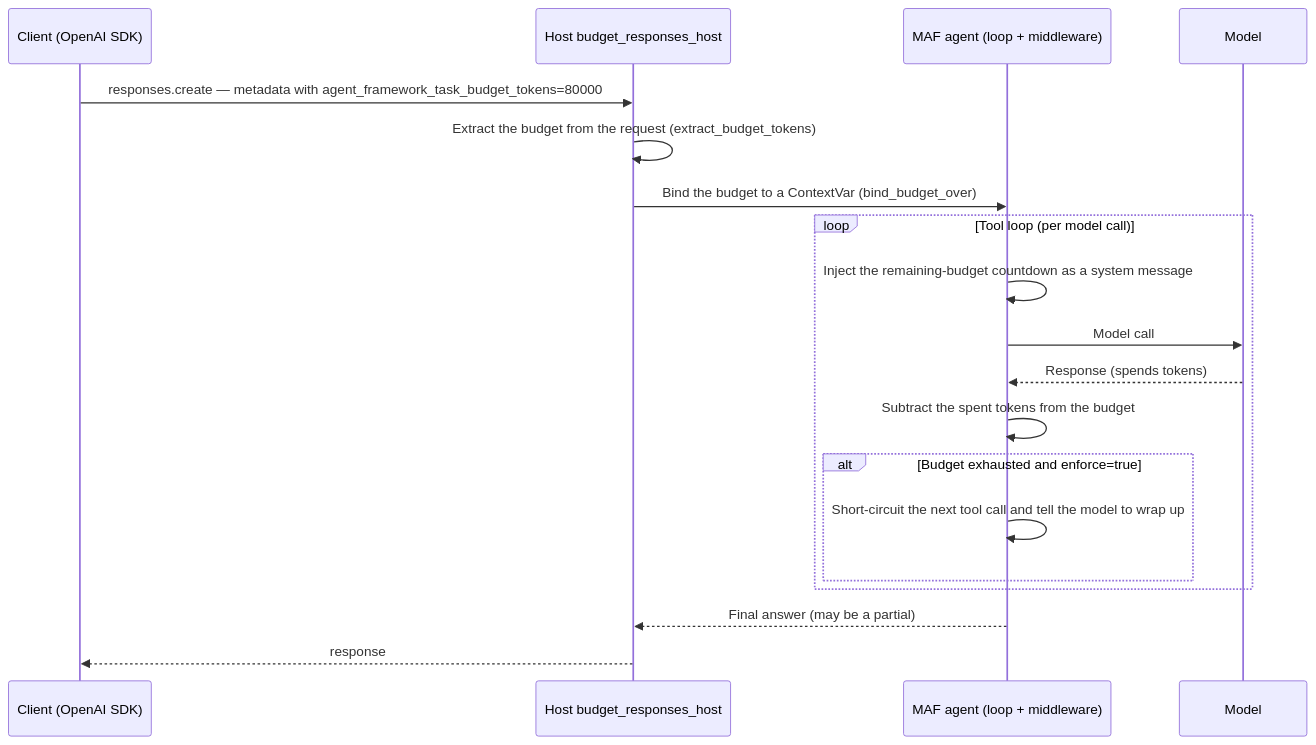
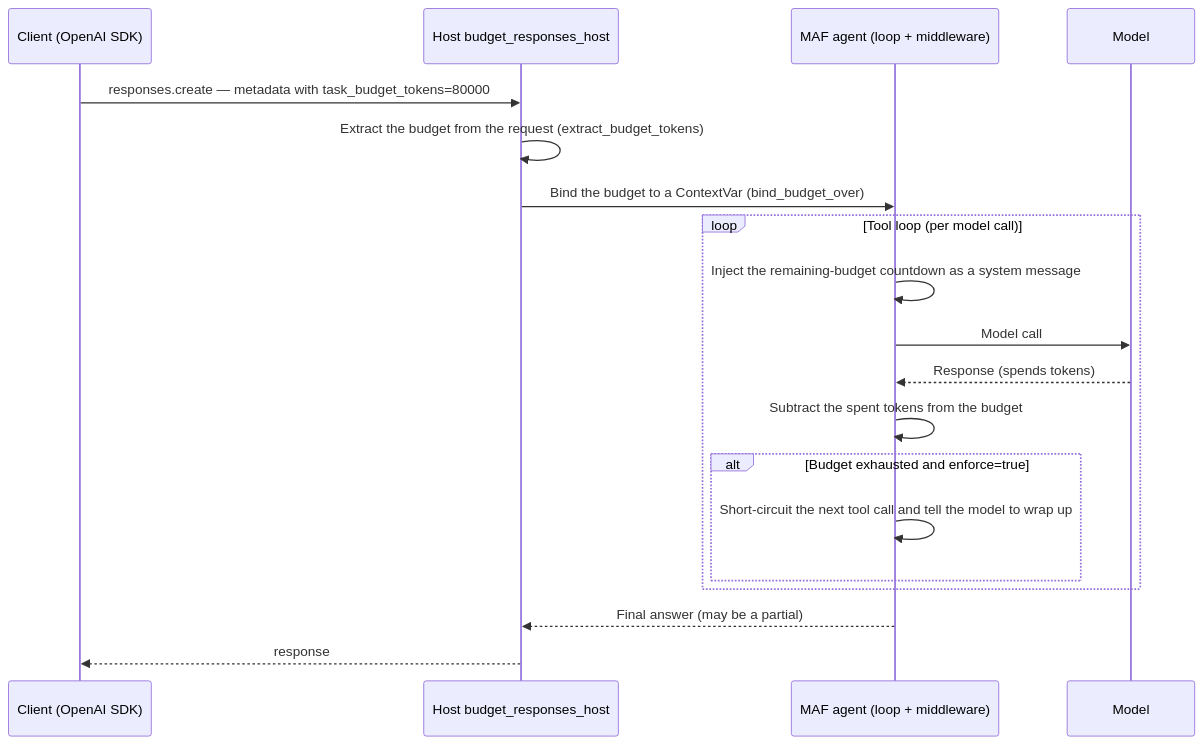
One commit to hatasaki/agent-framework-task-budget changed the first of 2 diagrams in docs/specification.md. Above: the diagram before and after it, drawn with Mermaid. The commit also changed other lines of this file and 8 other files, not shown here.

Commit message:
Refactor budget metadata keys from `agent_framework_task_budget_tokens` to `task_budget_tokens` for consistency across documentation and codebase

````diff
--- a/docs/specification.md
+++ b/docs/specification.md
@@ -35,22 +35,22 @@
 ```mermaid
 sequenceDiagram
     participant C as Client (OpenAI SDK)
     participant H as Host budget_responses_host
     participant A as MAF agent (loop + middleware)
     participant M as Model
 
-    C->>H: responses.create — metadata with agent_framework_task_budget_tokens=80000
+    C->>H: responses.create — metadata with task_budget_tokens=80000
     H->>H: Extract the budget from the request (extract_budget_tokens)
     H->>A: Bind the budget to a ContextVar (bind_budget_over)
     loop Tool loop (per model call)
         A->>A: Inject the remaining-budget countdown as a system message
         A->>M: Model call
         M-->>A: Response (spends tokens)
         A->>A: Subtract the spent tokens from the budget
         alt Budget exhausted and enforce=true
             A->>A: Short-circuit the next tool call and tell the model to wrap up
         end
     end
     A-->>H: Final answer (may be a partial)
     H-->>C: response
 ```
````
